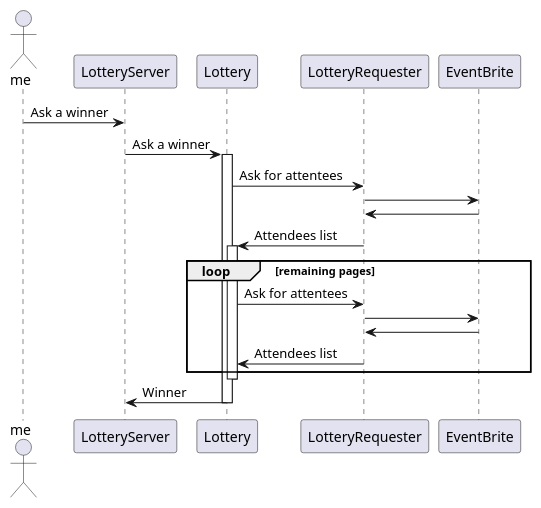
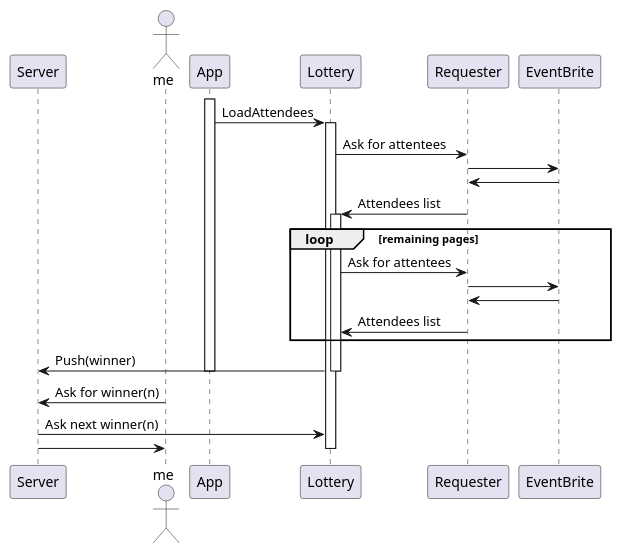
Before and after one commit to Jug-Montpellier/lottery-jug-scala: the diagram in src/main/resources/diagram/the-winner-is.puml, drawn with PlantUML. The commit also changed 6 other files, not shown here.

```diff
--- a/src/main/resources/diagram/the-winner-is.puml
+++ b/src/main/resources/diagram/the-winner-is.puml
@@ -1,26 +1,32 @@
 @startuml
+participant Server
 Actor me
-participant LotteryServer
-participant Lottery
-participant LotteryRequester
-participant EventBrite
-me -> LotteryServer: Ask a winner
-LotteryServer -> Lottery: Ask a winner
+participant App
+activate App
+App -> Lottery: LoadAttendees
 activate Lottery
-Lottery -> LotteryRequester: Ask for attentees
-LotteryRequester -> EventBrite
-EventBrite -> LotteryRequester
-LotteryRequester -> Lottery: Attendees list
+Lottery -> Requester: Ask for attentees
+Requester -> EventBrite
+EventBrite -> Requester
+Requester -> Lottery: Attendees list
 activate Lottery
 loop remaining pages
-Lottery -> LotteryRequester: Ask for attentees
-LotteryRequester -> EventBrite
-EventBrite -> LotteryRequester
-LotteryRequester -> Lottery: Attendees list
+Lottery -> Requester: Ask for attentees
+Requester -> EventBrite
+EventBrite -> Requester
+Requester -> Lottery: Attendees list
 end
+Lottery -> Server: Push(winner)
 deactivate Lottery
 
-Lottery -> LotteryServer: Winner
+deactivate App
+participant Lottery
+participant Requester
+participant EventBrite
+me -> Server: Ask for winner(n)
+Server -> Lottery: Ask next winner(n)
+Server -> me
+
 deactivate Lottery
 
 @enduml
```
